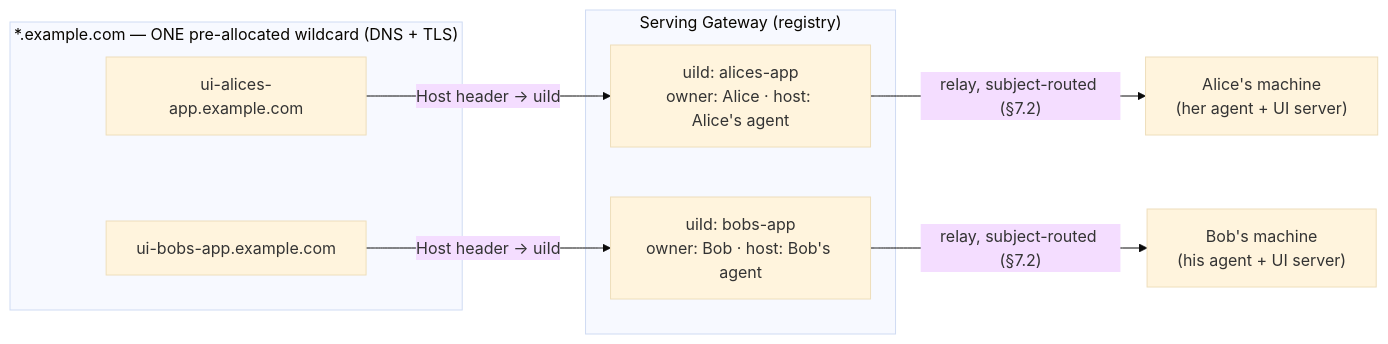
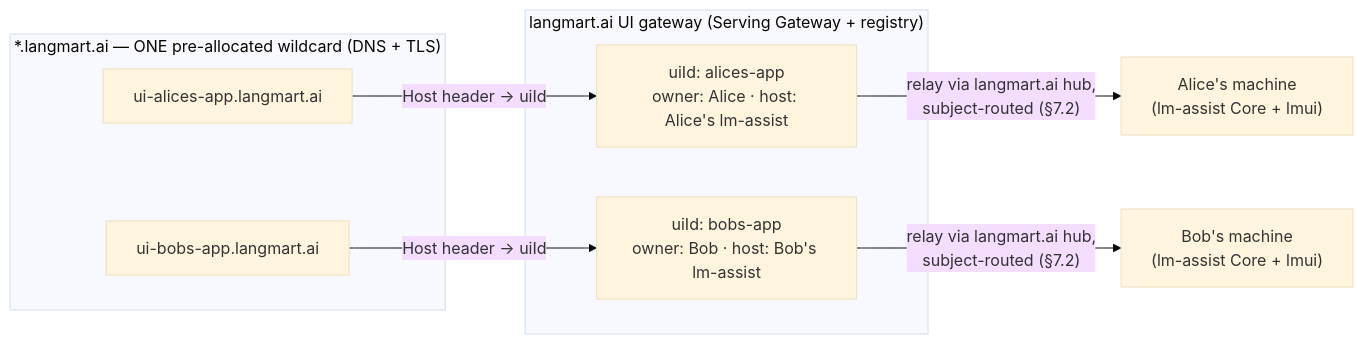
Before and after one commit to langmartai/agentic-ui-spec: the sixth of 7 diagrams in ARCHITECTURE.md, drawn with Mermaid (base theme). The commit also changed other lines of this file and 1 other file, not shown here.

Commit message:
docs: multi-tenancy examples use langmart.ai + lm-assist concretely

````diff
--- a/ARCHITECTURE.md
+++ b/ARCHITECTURE.md
@@ -184,15 +188,15 @@
 ```mermaid
 flowchart LR
-  subgraph W["*.example.com — ONE pre-allocated wildcard (DNS + TLS)"]
-    A1["ui-alices-app.example.com"]
-    B1["ui-bobs-app.example.com"]
+  subgraph W["*.langmart.ai — ONE pre-allocated wildcard (DNS + TLS)"]
+    A1["ui-alices-app.langmart.ai"]
+    B1["ui-bobs-app.langmart.ai"]
   end
-  subgraph GW["Serving Gateway (registry)"]
-    RA["uiId: alices-app<br/>owner: Alice · host: Alice's agent"]
-    RB["uiId: bobs-app<br/>owner: Bob · host: Bob's agent"]
+  subgraph GW["langmart.ai UI gateway (Serving Gateway + registry)"]
+    RA["uiId: alices-app<br/>owner: Alice · host: Alice's lm-assist"]
+    RB["uiId: bobs-app<br/>owner: Bob · host: Bob's lm-assist"]
   end
-  HA["Alice's machine<br/>(her agent + UI server)"]
-  HB["Bob's machine<br/>(his agent + UI server)"]
-  A1 -->|Host header → uiId| RA -->|"relay, subject-routed (§7.2)"| HA
-  B1 -->|Host header → uiId| RB -->|"relay, subject-routed (§7.2)"| HB
+  HA["Alice's machine<br/>(lm-assist Core + lmui)"]
+  HB["Bob's machine<br/>(lm-assist Core + lmui)"]
+  A1 -->|Host header → uiId| RA -->|"relay via langmart.ai hub,<br/>subject-routed (§7.2)"| HA
+  B1 -->|Host header → uiId| RB -->|"relay via langmart.ai hub,<br/>subject-routed (§7.2)"| HB
 ```
````
